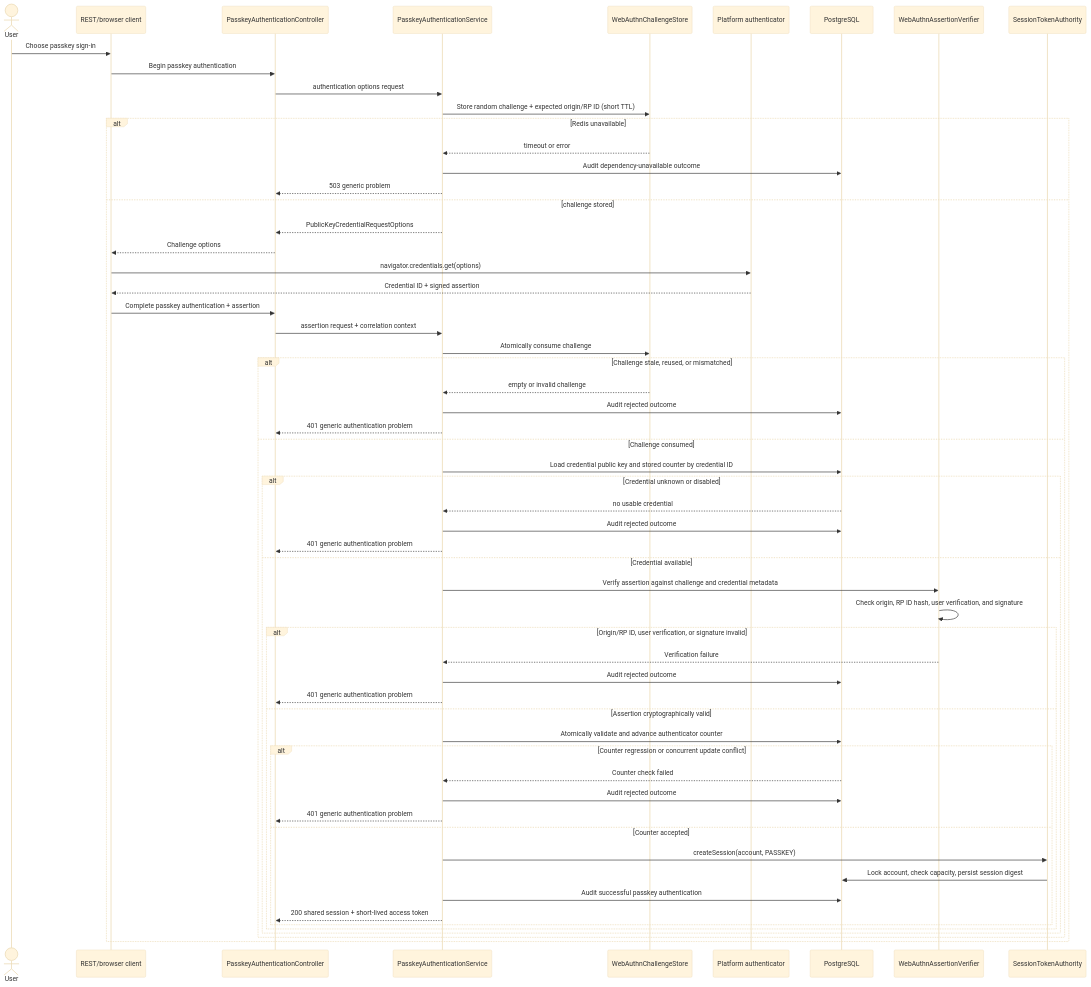
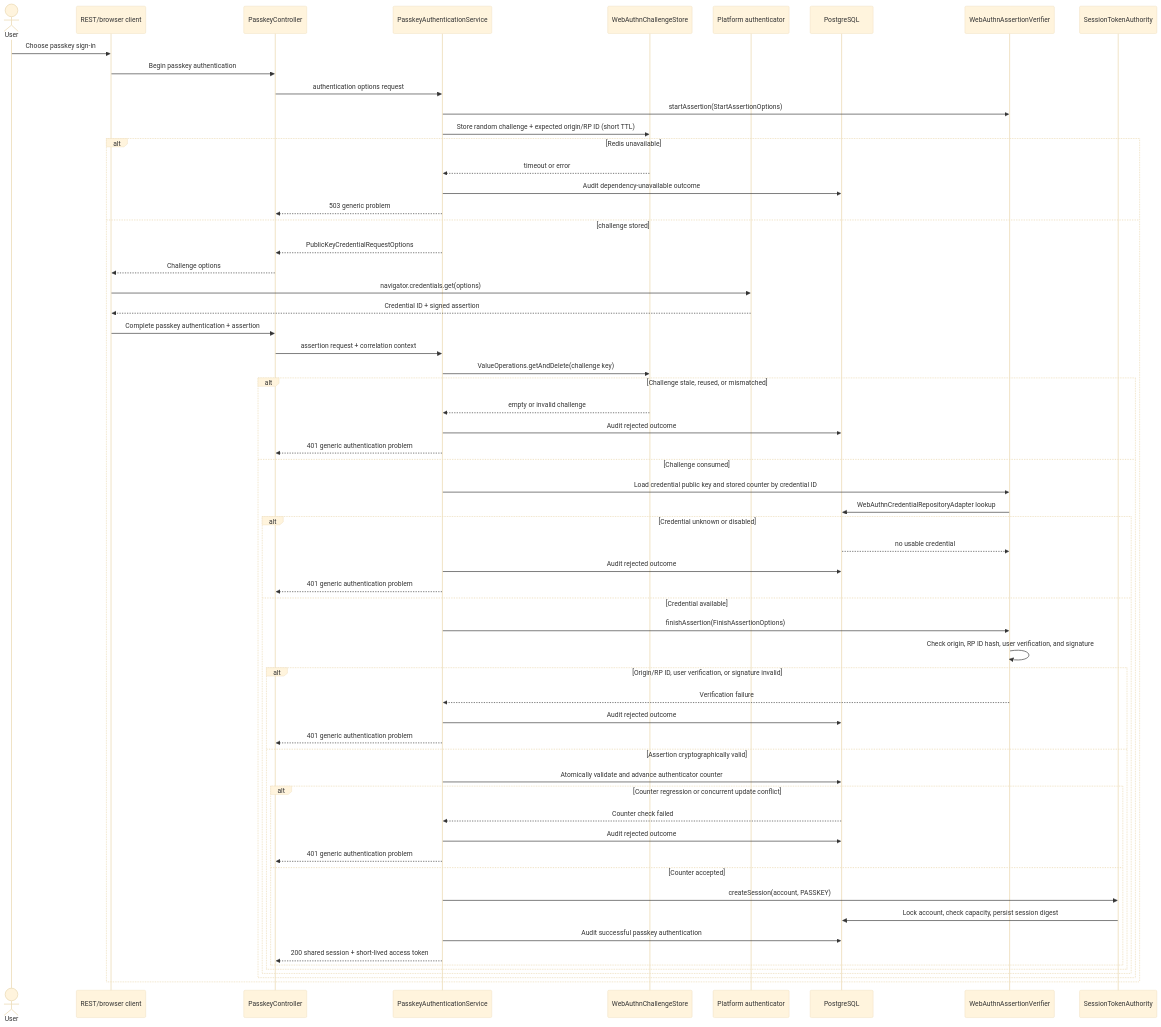
Before and after one commit to tdespenza/lifeos: the second of 4 diagrams in docs/diagrams/identity-passkey.md, drawn with Mermaid (base theme). The commit also changed other lines of this file and 15 other files, not shown here.

````diff
--- a/docs/diagrams/identity-passkey.md
+++ b/docs/diagrams/identity-passkey.md
@@ -43,62 +43,64 @@
 ```mermaid
 sequenceDiagram
     actor User
     participant Client as REST/browser client
-    participant API as PasskeyAuthenticationController
+    participant API as PasskeyController
     participant App as PasskeyAuthenticationService
     participant Redis as WebAuthnChallengeStore
     participant Authenticator as Platform authenticator
     participant DB as PostgreSQL
     participant Verifier as WebAuthnAssertionVerifier
     participant Authority as SessionTokenAuthority
 
     User->>Client: Choose passkey sign-in
     Client->>API: Begin passkey authentication
     API->>App: authentication options request
+    App->>Verifier: startAssertion(StartAssertionOptions)
     App->>Redis: Store random challenge + expected origin/RP ID (short TTL)
     alt Redis unavailable
         Redis-->>App: timeout or error
         App->>DB: Audit dependency-unavailable outcome
         App-->>API: 503 generic problem
     else challenge stored
         App-->>API: PublicKeyCredentialRequestOptions
         API-->>Client: Challenge options
         Client->>Authenticator: navigator.credentials.get(options)
         Authenticator-->>Client: Credential ID + signed assertion
         Client->>API: Complete passkey authentication + assertion
         API->>App: assertion request + correlation context
-        App->>Redis: Atomically consume challenge
+        App->>Redis: ValueOperations.getAndDelete(challenge key)
         alt Challenge stale, reused, or mismatched
             Redis-->>App: empty or invalid challenge
             App->>DB: Audit rejected outcome
             App-->>API: 401 generic authentication problem
         else Challenge consumed
-            App->>DB: Load credential public key and stored counter by credential ID
+            App->>Verifier: Load credential public key and stored counter by credential ID
+            Verifier->>DB: WebAuthnCredentialRepositoryAdapter lookup
             alt Credential unknown or disabled
-                DB-->>App: no usable credential
+                DB-->>Verifier: no usable credential
                 App->>DB: Audit rejected outcome
                 App-->>API: 401 generic authentication problem
             else Credential available
-                App->>Verifier: Verify assertion against challenge and credential metadata
+                App->>Verifier: finishAssertion(FinishAssertionOptions)
                 Verifier->>Verifier: Check origin, RP ID hash, user verification, and signature
                 alt Origin/RP ID, user verification, or signature invalid
                     Verifier-->>App: Verification failure
                     App->>DB: Audit rejected outcome
                     App-->>API: 401 generic authentication problem
                 else Assertion cryptographically valid
                     App->>DB: Atomically validate and advance authenticator counter
                     alt Counter regression or concurrent update conflict
                         DB-->>App: Counter check failed
                         App->>DB: Audit rejected outcome
                         App-->>API: 401 generic authentication problem
                     else Counter accepted
                         App->>Authority: createSession(account, PASSKEY)
                         Authority->>DB: Lock account, check capacity, persist session digest
                         App->>DB: Audit successful passkey authentication
                         App-->>API: 200 shared session + short-lived access token
                     end
                 end
             end
         end
     end
 ```
````
